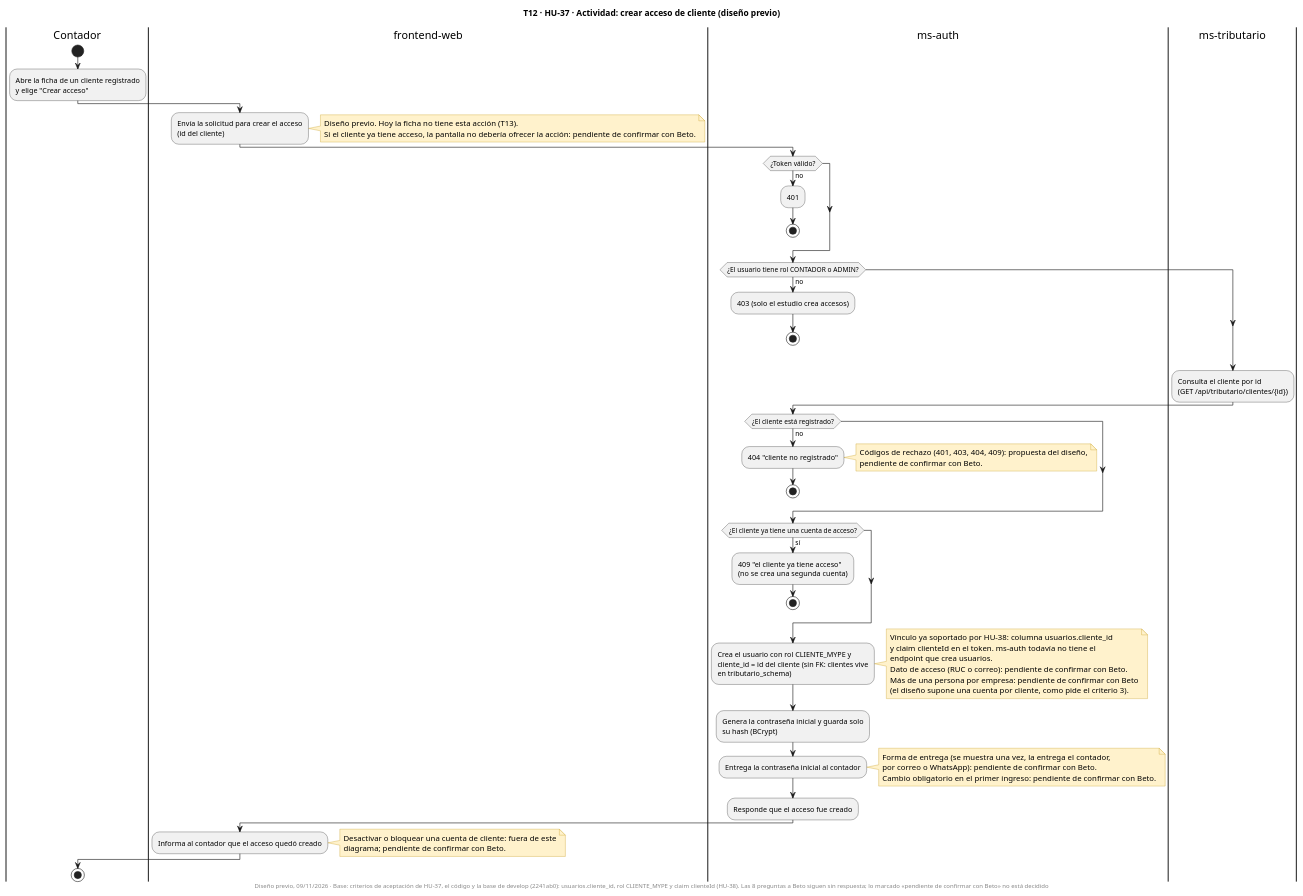
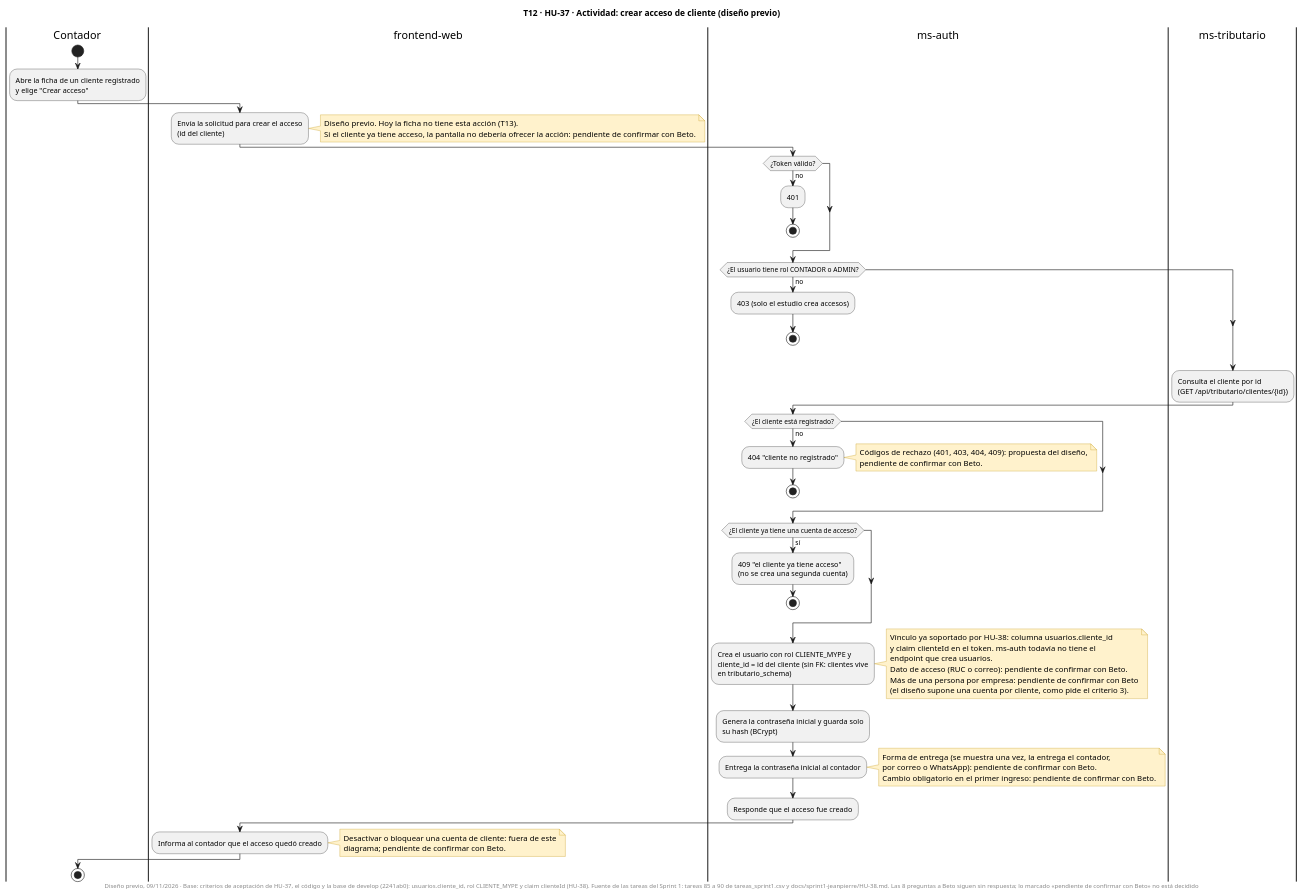
The diagram in docs/uml/T12-HU37-actividad-crear-acceso-cliente.puml (fabianrodriguez33/plus-contable), drawn with PlantUML before and after one commit. The commit also changed 6 other files, not shown here.

```diff
--- a/docs/uml/T12-HU37-actividad-crear-acceso-cliente.puml
+++ b/docs/uml/T12-HU37-actividad-crear-acceso-cliente.puml
@@ -1,80 +1,80 @@
 @startuml
 title T12 · HU-37 · Actividad: crear acceso de cliente (diseño previo)
 skinparam shadowing false
 skinparam noteBackgroundColor #FFF2CC
 skinparam noteBorderColor #BF9000
 
 |Contador|
 start
 :Abre la ficha de un cliente registrado
 y elige "Crear acceso";
 
 |frontend-web|
 :Envía la solicitud para crear el acceso
 (id del cliente);
 note right
   Diseño previo. Hoy la ficha no tiene esta acción (T13).
   Si el cliente ya tiene acceso, la pantalla no debería ofrecer la acción: pendiente de confirmar con Beto.
 end note
 
 |ms-auth|
 if (¿Token válido?) then (no)
   :401;
   stop
 endif
 if (¿El usuario tiene rol CONTADOR o ADMIN?) then (no)
   :403 (solo el estudio crea accesos);
   stop
 endif
 
 |ms-tributario|
 :Consulta el cliente por id
 (GET /api/tributario/clientes/{id});
 
 |ms-auth|
 if (¿El cliente está registrado?) then (no)
   :404 "cliente no registrado";
   note right
     Códigos de rechazo (401, 403, 404, 409): propuesta del diseño,
     pendiente de confirmar con Beto.
   end note
   stop
 endif
 if (¿El cliente ya tiene una cuenta de acceso?) then (sí)
   :409 "el cliente ya tiene acceso"
   (no se crea una segunda cuenta);
   stop
 endif
 :Crea el usuario con rol CLIENTE_MYPE y
 cliente_id = id del cliente (sin FK: clientes vive
 en tributario_schema);
 note right
   Vínculo ya soportado por HU-38: columna usuarios.cliente_id
   y claim clienteId en el token. ms-auth todavía no tiene el
   endpoint que crea usuarios.
   Dato de acceso (RUC o correo): pendiente de confirmar con Beto.
   Más de una persona por empresa: pendiente de confirmar con Beto
   (el diseño supone una cuenta por cliente, como pide el criterio 3).
 end note
 :Genera la contraseña inicial y guarda solo
 su hash (BCrypt);
 :Entrega la contraseña inicial al contador;
 note right
   Forma de entrega (se muestra una vez, la entrega el contador,
   por correo o WhatsApp): pendiente de confirmar con Beto.
   Cambio obligatorio en el primer ingreso: pendiente de confirmar con Beto.
 end note
 :Responde que el acceso fue creado;
 
 |frontend-web|
 :Informa al contador que el acceso quedó creado;
 note right
   Desactivar o bloquear una cuenta de cliente: fuera de este
   diagrama; pendiente de confirmar con Beto.
 end note
 
 |Contador|
 stop
 
-footer Diseño previo, 09/11/2026 · Base: criterios de aceptación de HU-37, el código y la base de develop (2241ab0): usuarios.cliente_id, rol CLIENTE_MYPE y claim clienteId (HU-38). Las 8 preguntas a Beto siguen sin respuesta; lo marcado «pendiente de confirmar con Beto» no está decidido
+footer Diseño previo, 09/11/2026 · Base: criterios de aceptación de HU-37, el código y la base de develop (2241ab0): usuarios.cliente_id, rol CLIENTE_MYPE y claim clienteId (HU-38). Fuente de las tareas del Sprint 1: tareas 85 a 90 de tareas_sprint1.csv y docs/sprint1-jeanpierre/HU-38.md. Las 8 preguntas a Beto siguen sin respuesta; lo marcado «pendiente de confirmar con Beto» no está decidido
 @enduml
```
